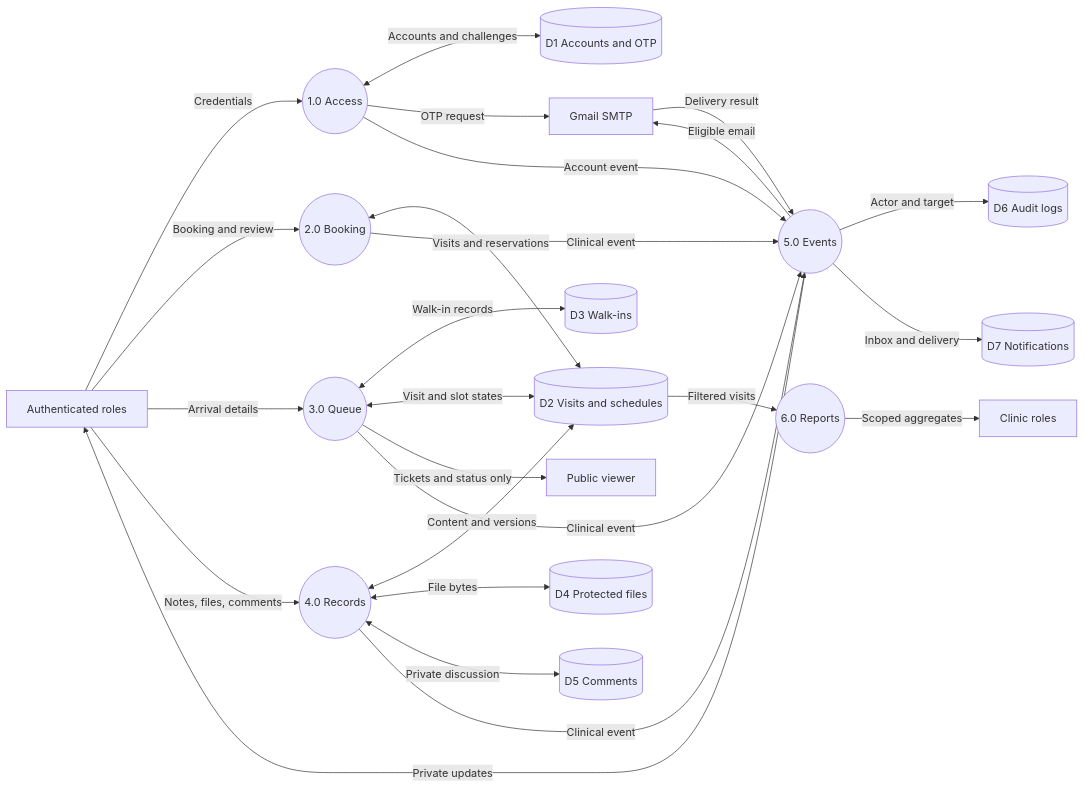
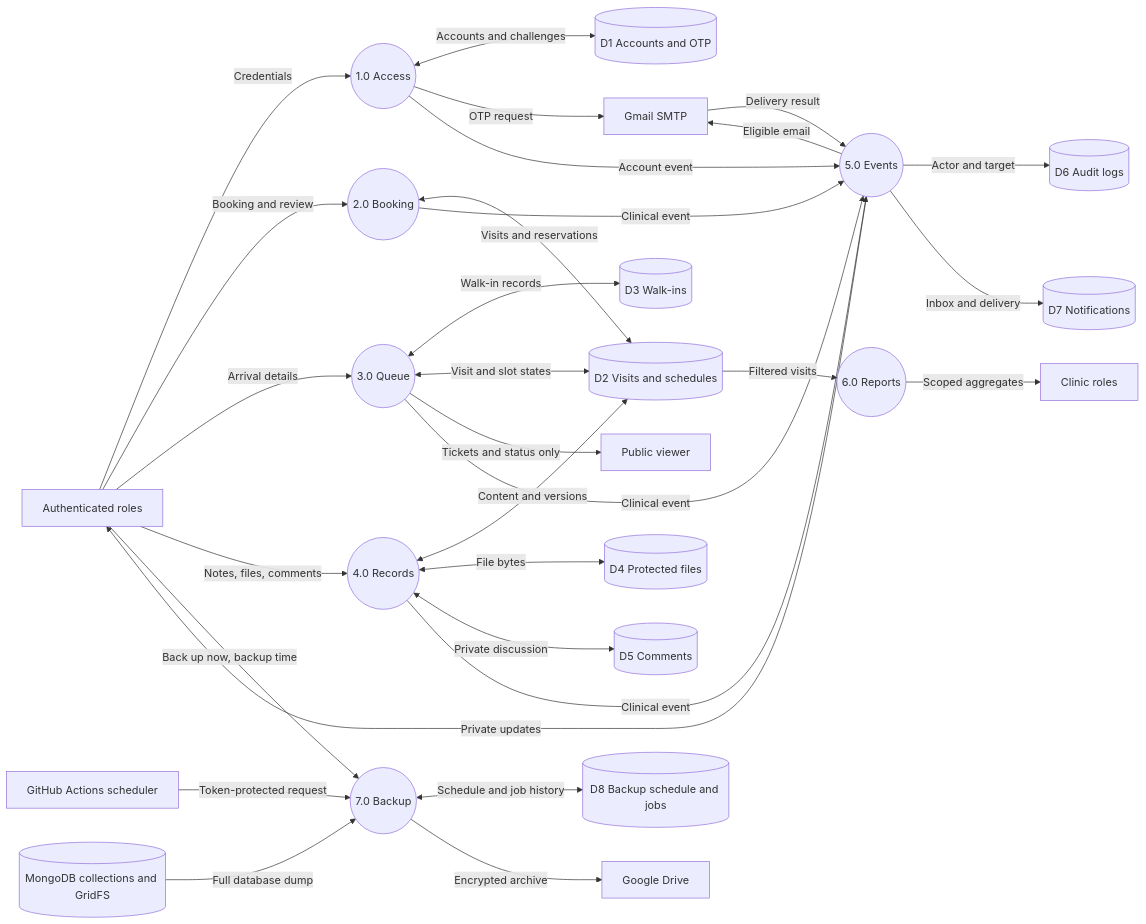
Before and after one commit to EmlanoCC-Dev/SIA_CareSync: the diagram in docs/final_submission/diagrams/05-data-flow.mmd, drawn with Mermaid. The commit also changed 13 other files, not shown here.

Commit message:
Update final submission diagrams

```diff
--- a/docs/final_submission/diagrams/05-data-flow.mmd
+++ b/docs/final_submission/diagrams/05-data-flow.mmd
@@ -1,25 +1,30 @@
 flowchart LR
     users["Authenticated roles"] -->|"Credentials"| identity(("1.0 Access"))
     identity <-->|"Accounts and challenges"| accounts[("D1 Accounts and OTP")]
     identity -->|"OTP request"| mail["Gmail SMTP"]
     users -->|"Booking and review"| booking(("2.0 Booking"))
     booking <-->|"Visits and reservations"| visits[("D2 Visits and schedules")]
     users -->|"Arrival details"| queue(("3.0 Queue"))
     queue <-->|"Walk-in records"| walks[("D3 Walk-ins")]
     queue <-->|"Visit and slot states"| visits
     queue -->|"Tickets and status only"| public["Public viewer"]
     users -->|"Notes, files, comments"| records(("4.0 Records"))
     records <-->|"Content and versions"| visits
     records <-->|"File bytes"| files[("D4 Protected files")]
     records <-->|"Private discussion"| comments[("D5 Comments")]
     booking -->|"Clinical event"| events(("5.0 Events"))
     queue -->|"Clinical event"| events
     records -->|"Clinical event"| events
     identity -->|"Account event"| events
     events -->|"Actor and target"| audit[("D6 Audit logs")]
     events -->|"Inbox and delivery"| inbox[("D7 Notifications")]
     events -->|"Eligible email"| mail
     mail -->|"Delivery result"| events
     events -->|"Private updates"| users
     visits -->|"Filtered visits"| reports(("6.0 Reports"))
     reports -->|"Scoped aggregates"| clinic["Clinic roles"]
+    users -->|"Back up now, backup time"| backup(("7.0 Backup"))
+    scheduler["GitHub Actions scheduler"] -->|"Token-protected request"| backup
+    backup <-->|"Schedule and job history"| backups[("D8 Backup schedule and jobs")]
+    alldb[("MongoDB collections and GridFS")] -->|"Full database dump"| backup
+    backup -->|"Encrypted archive"| drive["Google Drive"]
```
